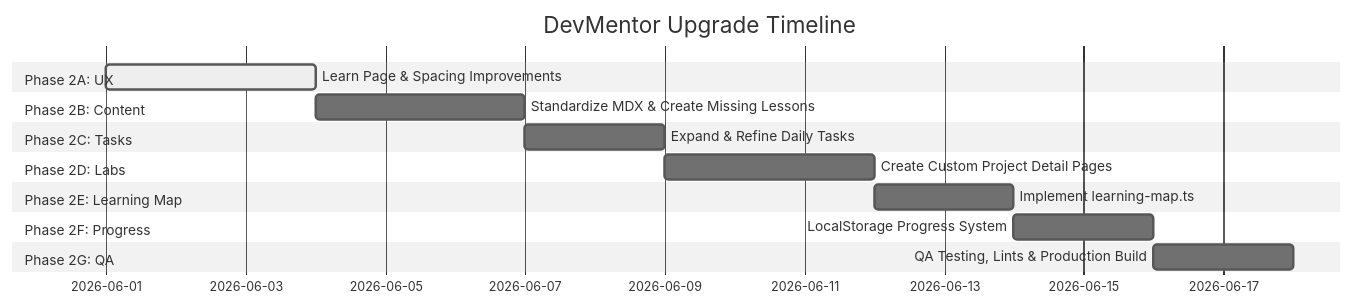
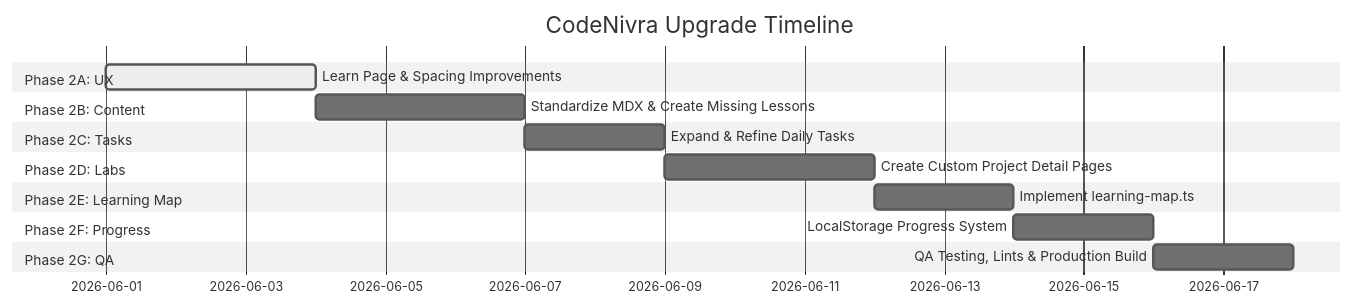
One commit to anilpulijala26/devmentor changed the second of 2 diagrams in curriculum_audit.md. Above: the diagram before and after it, drawn with Mermaid (neutral theme). The commit also changed other lines of this file and 38 other files, not shown here.

````diff
--- a/curriculum_audit.md
+++ b/curriculum_audit.md
@@ -440,19 +440,19 @@
 ```mermaid
 gantt
-    title DevMentor Upgrade Timeline
+    title CodeNivra Upgrade Timeline
     dateFormat  YYYY-MM-DD
     section Phase 2A: UX
     Learn Page & Spacing Improvements :active, 2026-06-01, 3d
     section Phase 2B: Content
     Standardize MDX & Create Missing Lessons : 3d
     section Phase 2C: Tasks
     Expand & Refine Daily Tasks : 2d
     section Phase 2D: Labs
     Create Custom Project Detail Pages : 3d
     section Phase 2E: Learning Map
     Implement learning-map.ts : 2d
     section Phase 2F: Progress
     LocalStorage Progress System : 2d
     section Phase 2G: QA
     QA Testing, Lints & Production Build : 2d
 ```
````
